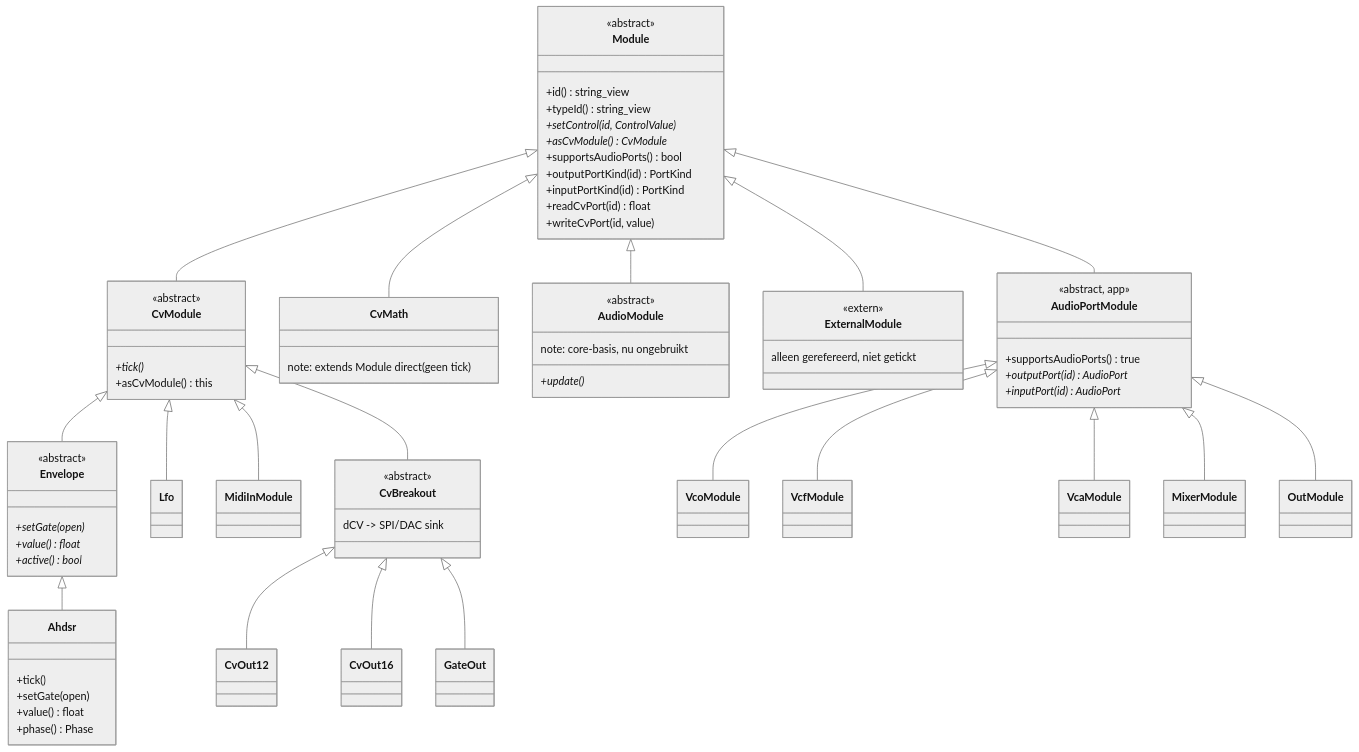
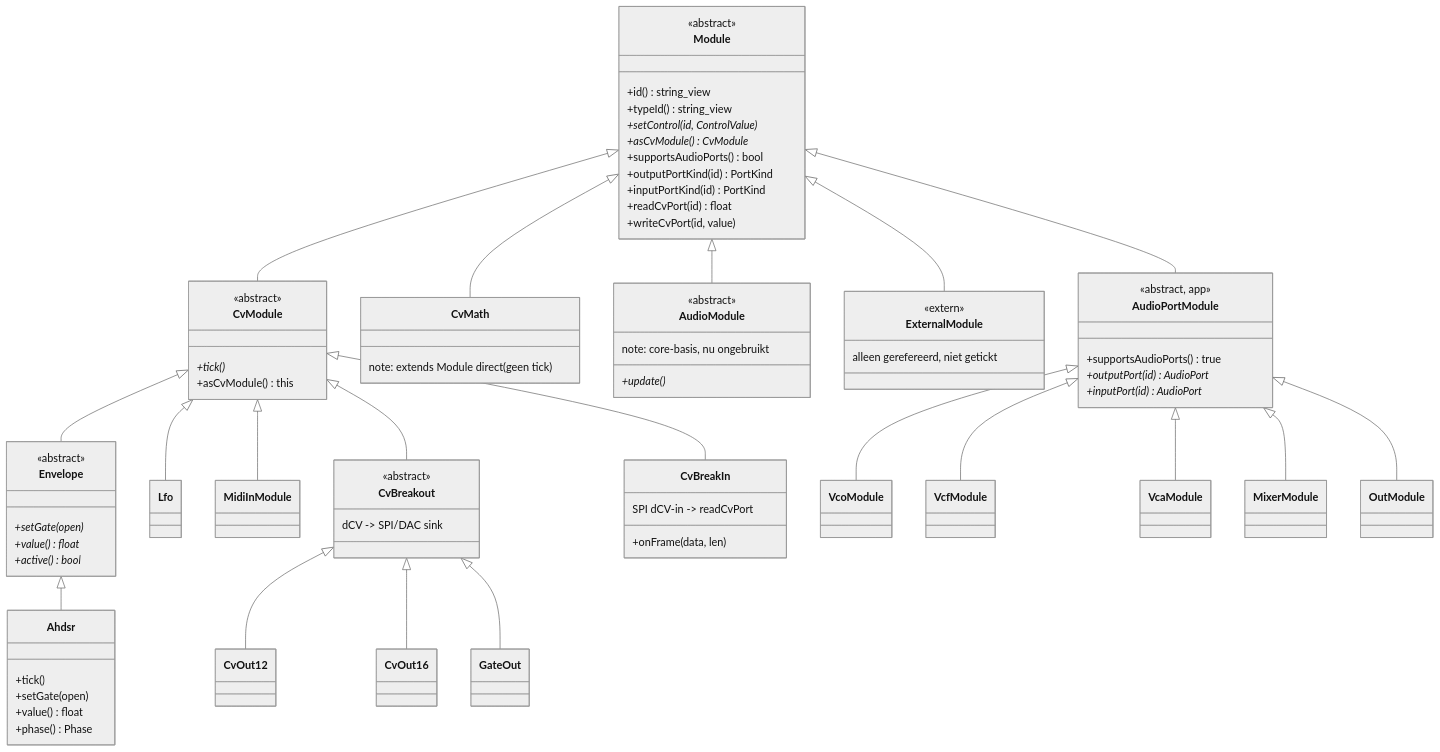
Before and after one commit to MarkWestbroek/MusicBrain: the first of 3 diagrams in doc/uml/08-core-runtime-hierarchy.md, drawn with Mermaid (neutral theme). The commit also changed other lines of this file and 10 other files, not shown here.

```diff
--- a/doc/uml/08-core-runtime-hierarchy.md
+++ b/doc/uml/08-core-runtime-hierarchy.md
@@ -62,6 +62,10 @@
     class CvOut12
     class CvOut16
     class GateOut
+    class CvBreakIn {
+        SPI dCV-in -> readCvPort
+        +onFrame(data, len)
+    }
 
     class AudioModule {
         <<abstract>>
@@ -95,6 +99,7 @@
     CvModule <|-- Lfo
     CvModule <|-- MidiInModule
     CvModule <|-- CvBreakout
+    CvModule <|-- CvBreakIn
     Envelope <|-- Ahdsr
     CvBreakout <|-- CvOut12
     CvBreakout <|-- CvOut16
```
